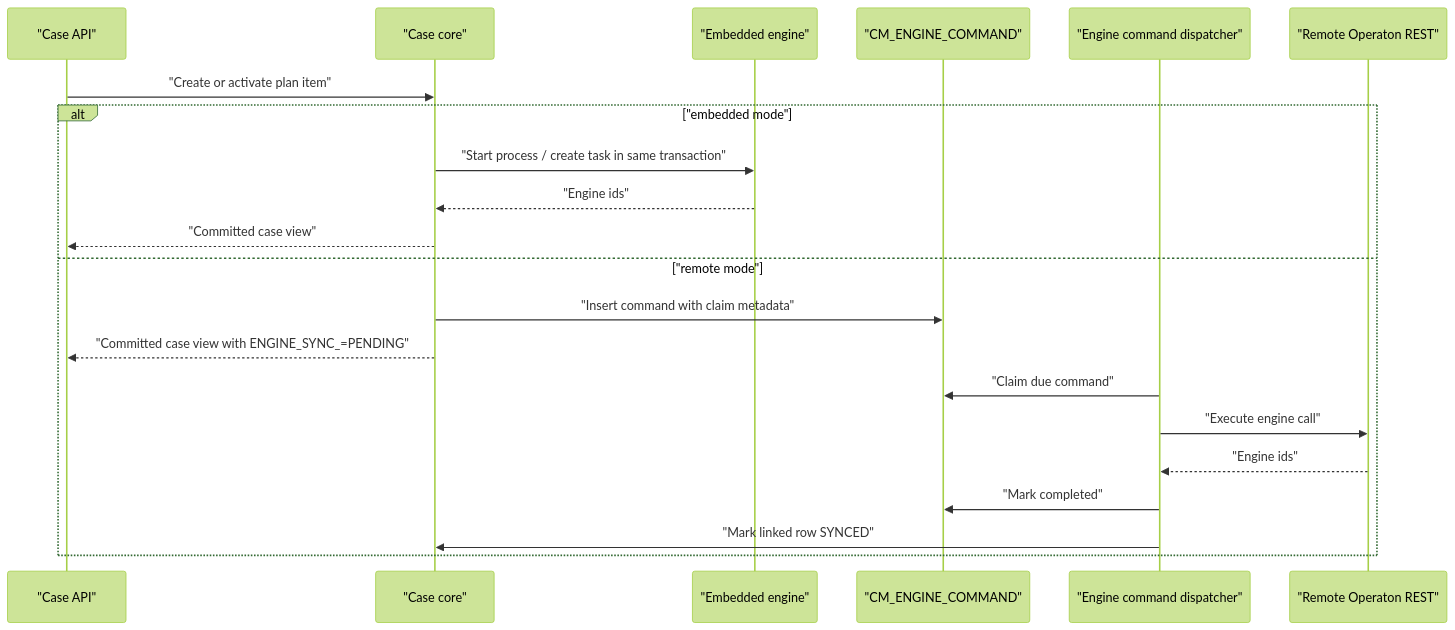
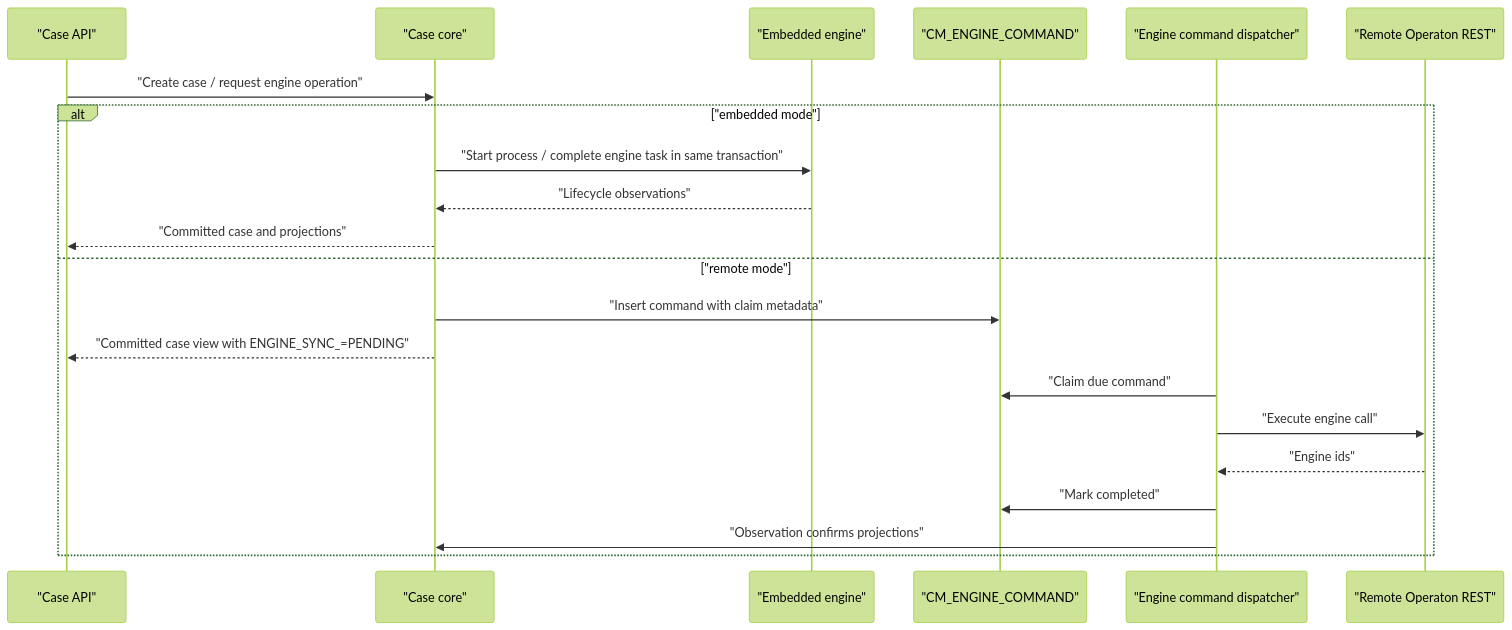
The third of 3 diagrams in docs/system-overview.md (Ronrock/case-management-design), drawn with Mermaid (forest theme) before and after one commit. The commit also changed other lines of this file and 4 other files, not shown here.

Commit message:
docs: align architecture with BPMN authority

````diff
--- a/docs/system-overview.md
+++ b/docs/system-overview.md
@@ -279,24 +278,24 @@
 ```mermaid
 sequenceDiagram
     participant API as "Case API"
     participant Core as "Case core"
     participant Engine as "Embedded engine"
     participant Outbox as "CM_ENGINE_COMMAND"
     participant Dispatcher as "Engine command dispatcher"
     participant Remote as "Remote Operaton REST"
 
-    API->>Core: "Create or activate plan item"
+    API->>Core: "Create case / request engine operation"
     alt "embedded mode"
-        Core->>Engine: "Start process / create task in same transaction"
-        Engine-->>Core: "Engine ids"
-        Core-->>API: "Committed case view"
+        Core->>Engine: "Start process / complete engine task in same transaction"
+        Engine-->>Core: "Lifecycle observations"
+        Core-->>API: "Committed case and projections"
     else "remote mode"
         Core->>Outbox: "Insert command with claim metadata"
         Core-->>API: "Committed case view with ENGINE_SYNC_=PENDING"
         Dispatcher->>Outbox: "Claim due command"
         Dispatcher->>Remote: "Execute engine call"
         Remote-->>Dispatcher: "Engine ids"
         Dispatcher->>Outbox: "Mark completed"
-        Dispatcher->>Core: "Mark linked row SYNCED"
+        Dispatcher->>Core: "Observation confirms projections"
     end
 ```
````
